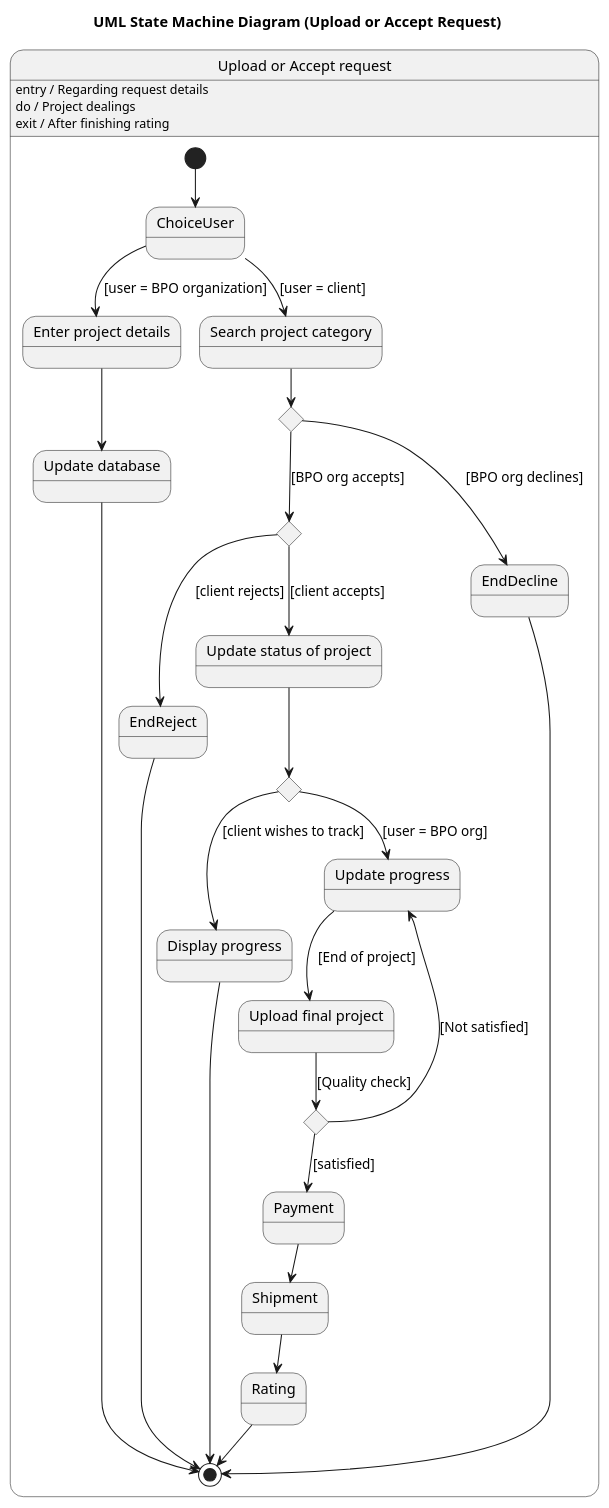
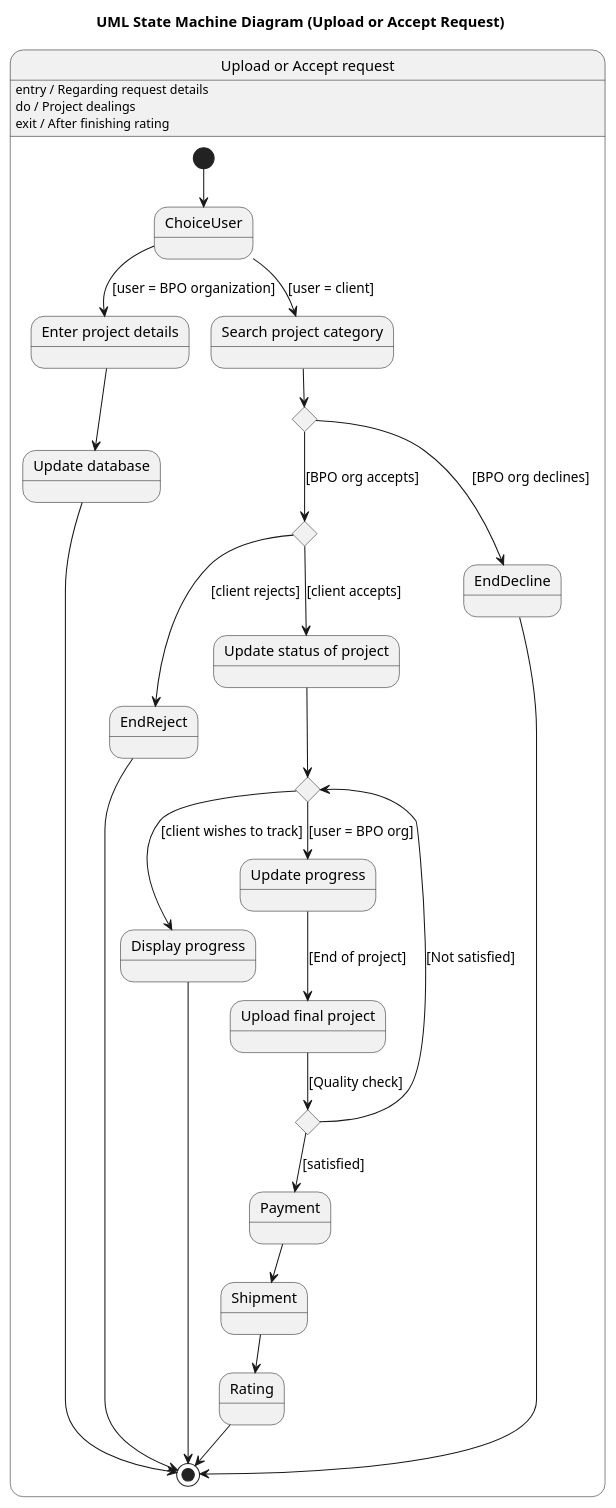
Before and after one commit to maimunafaria/State_transition_Diagram_generated_by_LLM: the diagram in dataset/case_11_business_process_outsourcing_bpo_management_system/diagram3.puml, drawn with PlantUML. The commit also changed 17 other files, not shown here.

```diff
--- a/dataset/case_11_business_process_outsourcing_bpo_management_system/diagram3.puml
+++ b/dataset/case_11_business_process_outsourcing_bpo_management_system/diagram3.puml
@@ -1,92 +1,81 @@
 @startuml
 title UML State Machine Diagram (Upload or Accept Request)
 
 state "Upload or Accept request" as UAR {
 
     [*] --> ChoiceUser
 
-    ' Entry / do / exit
+
     UAR : entry / Regarding request details
     UAR : do / Project dealings
     UAR : exit / After finishing rating
 
-    '-----------------------
-    ' User type decision
-    '-----------------------
+
     state ChoiceUser <<choice>>
 
     ChoiceUser --> EnterDetails : [user = BPO organization]
     ChoiceUser --> SearchCategory : [user = client]
 
-    '-----------------------
-    ' BPO flow
-    '-----------------------
+
     state "Enter project details" as EnterDetails
     state "Update database" as UpdateDB
 
     EnterDetails --> UpdateDB
     UpdateDB --> [*]
 
-    '-----------------------
-    ' Client flow
-    '-----------------------
+
     state "Search project category" as SearchCategory
     state ChoiceBPO <<choice>>
     state ChoiceClient <<choice>>
 
     SearchCategory --> ChoiceBPO
 
     ChoiceBPO --> EndDecline : [BPO org declines]
     ChoiceBPO --> ChoiceClient : [BPO org accepts]
 
     ChoiceClient --> EndReject : [client rejects]
     ChoiceClient --> UpdateStatus : [client accepts]
 
     state EndDecline <<choice>>
     EndDecline --> [*]
 
     state EndReject <<choice>>
     EndReject --> [*]
 
-    '-----------------------
-    ' Project execution
-    '-----------------------
     state "Update status of project" as UpdateStatus
 
     state ChoiceTracking <<choice>>
 
     UpdateStatus --> ChoiceTracking
 
     ChoiceTracking --> DisplayProgress : [client wishes to track]
     ChoiceTracking --> UpdateProgress : [user = BPO org]
 
     state "Display progress" as DisplayProgress
     DisplayProgress --> [*]
 
     state "Update progress" as UpdateProgress
 
-    '-----------------------
-    ' Completion flow
-    '-----------------------
+
     UpdateProgress --> UploadFinal : [End of project]
 
     state "Upload final project" as UploadFinal
 
     state QualityCheck <<choice>>
 
     UploadFinal --> QualityCheck : [Quality check]
 
     QualityCheck --> Payment : [satisfied]
-    QualityCheck --> UpdateProgress : [Not satisfied]
+    QualityCheck --> ChoiceTracking : [Not satisfied]
 
     state Payment
     state Shipment
     state Rating
 
     Payment --> Shipment
     Shipment --> Rating
 
     Rating --> [*]
 }
 
 @enduml
```
